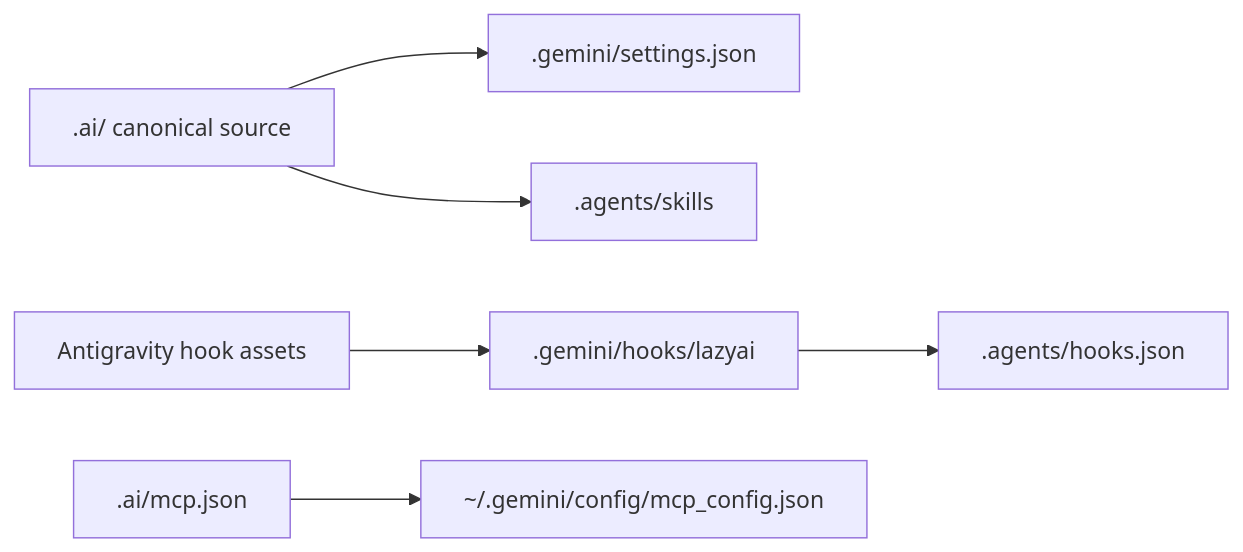
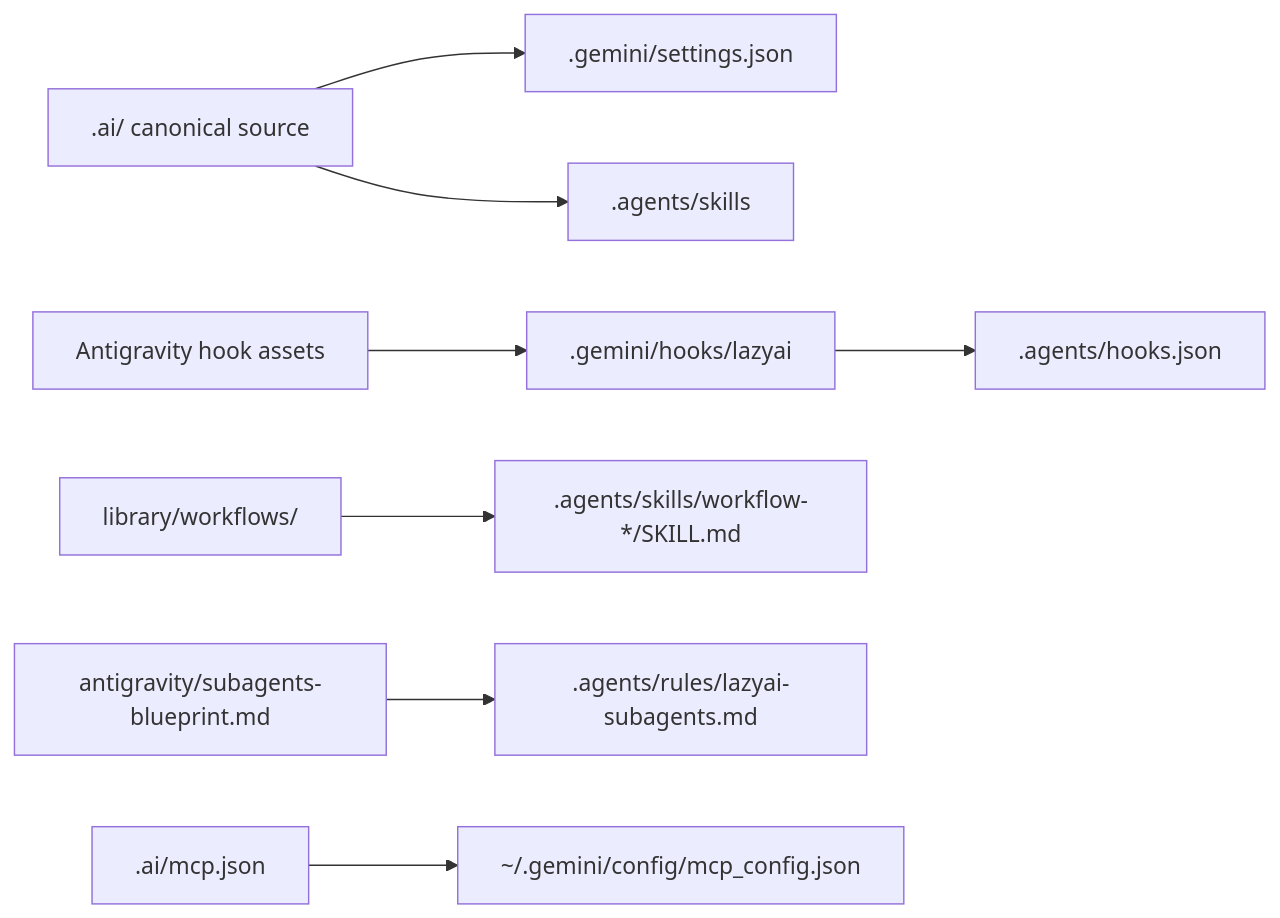
Before and after one commit to rluisb/lazyai: the diagram in docs/ai-cli-tools/antigravity.md, drawn with Mermaid. The commit also changed other lines of this file and 13 other files, not shown here.

````diff
--- a/docs/ai-cli-tools/antigravity.md
+++ b/docs/ai-cli-tools/antigravity.md
@@ -20,8 +24,10 @@
 ```mermaid
 flowchart LR
     AI[".ai/ canonical source"] --> SET[".gemini/settings.json"]
     AI --> SK[".agents/skills"]
     LIB["Antigravity hook assets"] --> H[".gemini/hooks/lazyai"]
     H --> HC[".agents/hooks.json"]
+    WF["library/workflows/"] --> WS[".agents/skills/workflow-*/SKILL.md"]
+    BP["antigravity/subagents-blueprint.md"] --> RU[".agents/rules/lazyai-subagents.md"]
     MCP[".ai/mcp.json"] --> GM["~/.gemini/config/mcp_config.json"]
 ```
````
